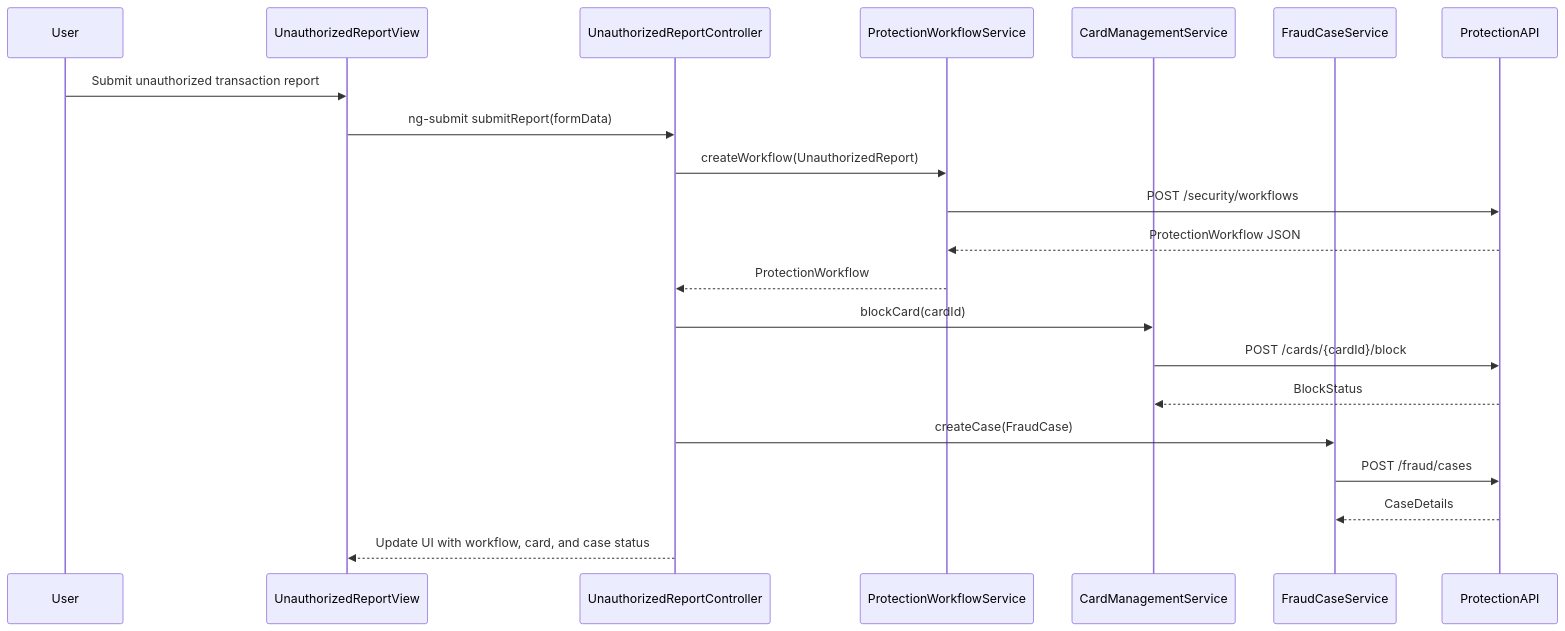
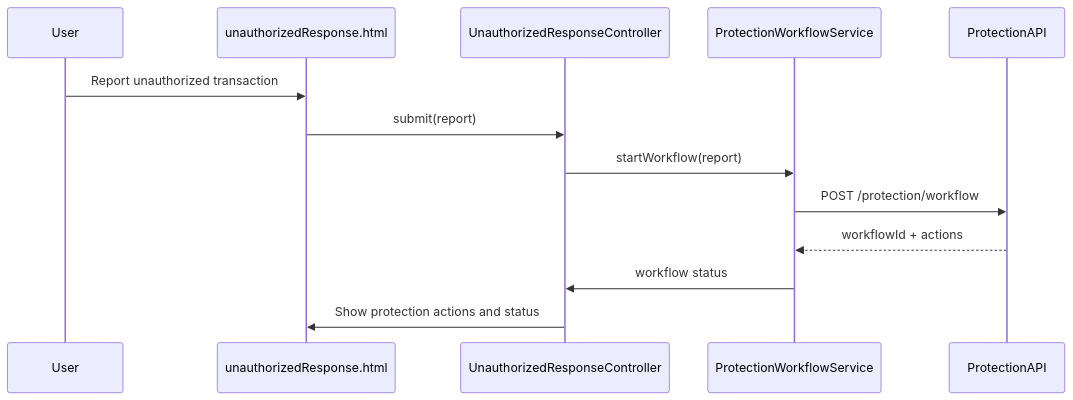
Before and after one commit to Davamani-git/APB_Demo: the diagram in LLD/QE-5607_LLD.md, drawn with Mermaid. The commit also changed other lines of this file and 2 other files, not shown here.

````diff
--- a/LLD/QE-5607_LLD.md
+++ b/LLD/QE-5607_LLD.md
@@ -87,24 +78,16 @@
 ```mermaid
 sequenceDiagram
-  participant User
-  participant View as UnauthorizedReportView
-  participant Controller as UnauthorizedReportController
-  participant Service as ProtectionWorkflowService
-  participant Card as CardManagementService
-  participant Case as FraudCaseService
-  participant API as ProtectionAPI
+    participant User
+    participant View as unauthorizedResponse.html
+    participant Controller as UnauthorizedResponseController
+    participant Service as ProtectionWorkflowService
+    participant API as ProtectionAPI
 
-  User->>View: Submit unauthorized transaction report
-  View->>Controller: ng-submit submitReport(formData)
-  Controller->>Service: createWorkflow(UnauthorizedReport)
-  Service->>API: POST /security/workflows
-  API-->>Service: ProtectionWorkflow JSON
-  Service-->>Controller: ProtectionWorkflow
-  Controller->>Card: blockCard(cardId)
-  Card->>API: POST /cards/{cardId}/block
-  API-->>Card: BlockStatus
-  Controller->>Case: createCase(FraudCase)
-  Case->>API: POST /fraud/cases
-  API-->>Case: CaseDetails
-  Controller-->>View: Update UI with workflow, card, and case status
+    User->>View: Report unauthorized transaction
+    View->>Controller: submit(report)
+    Controller->>Service: startWorkflow(report)
+    Service->>API: POST /protection/workflow
+    API-->>Service: workflowId + actions
+    Service->>Controller: workflow status
+    Controller->>View: Show protection actions and status
 ```
````
